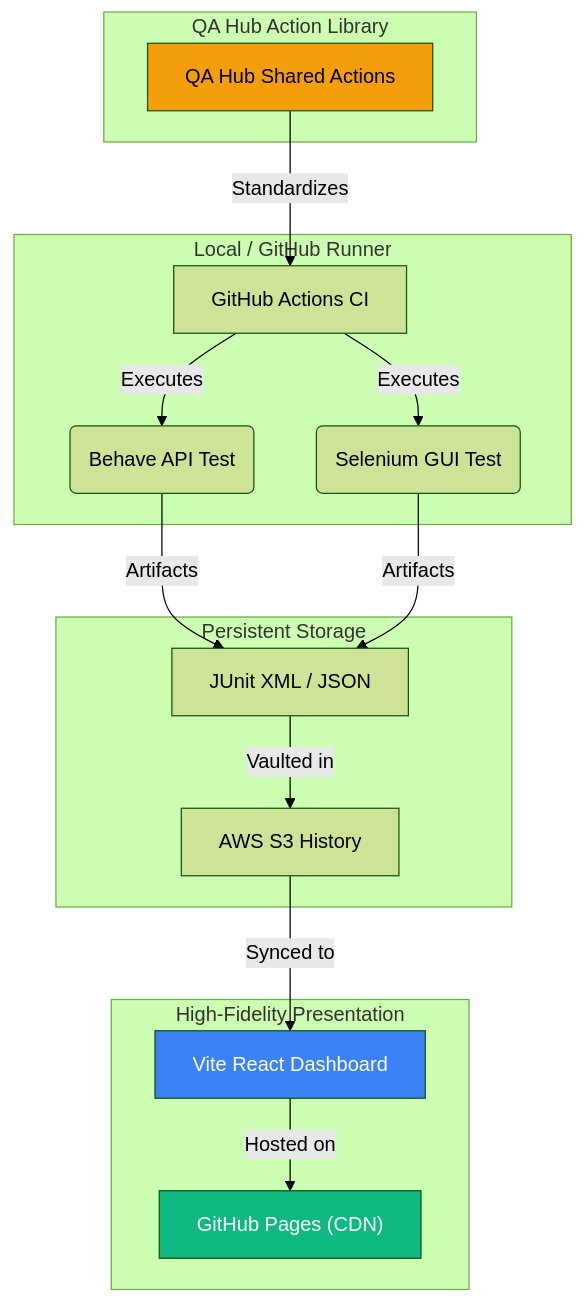
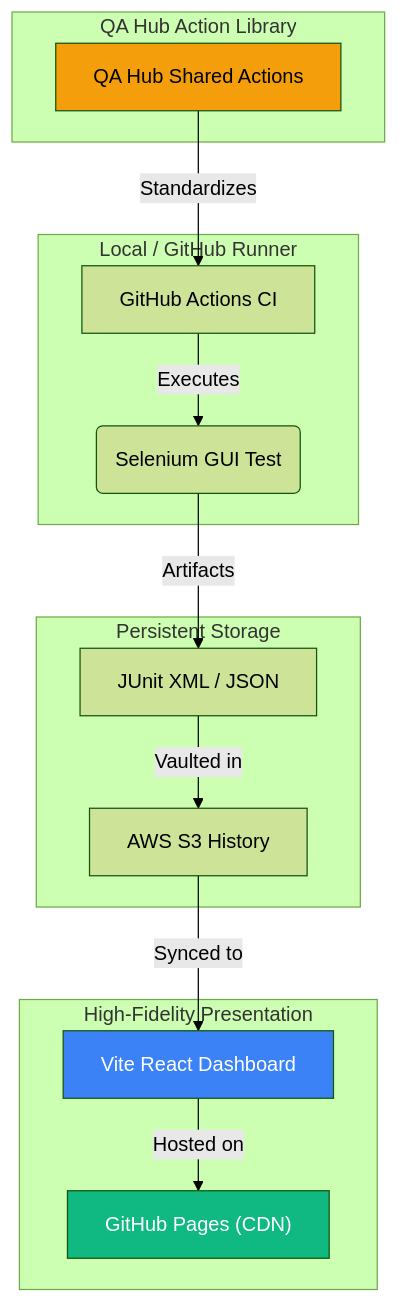
One commit to carlos-camara/dashboard changed the diagram in README.md. Above: the diagram before and after it, drawn with Mermaid (forest theme). The commit also changed other lines of this file and 5 other files, not shown here.

````diff
--- a/README.md
+++ b/README.md
@@ -103,25 +103,24 @@
 ```mermaid
 graph TD
     subgraph "Local / GitHub Runner"
-        A["GitHub Actions CI"] -->|Executes| B("Behave API Test")
-        A -->|Executes| C("Selenium GUI Test")
+        A["GitHub Actions CI"] -->|Executes| C("Selenium GUI Test")
     end
 
     subgraph "QA Hub Action Library"
         D["QA Hub Shared Actions"] -->|Standardizes| A
     end
 
     subgraph "Persistent Storage"
-        B & C -->|Artifacts| E["JUnit XML / JSON"]
+        C -->|Artifacts| E["JUnit XML / JSON"]
         E -->|Vaulted in| S3["AWS S3 History"]
     end
 
     subgraph "High-Fidelity Presentation"
         S3 -->|Synced to| H["Vite React Dashboard"]
         H -->|Hosted on| P["GitHub Pages (CDN)"]
     end
     
     style H fill:#3b82f6,color:#fff
     style P fill:#10b981,color:#fff
     style D fill:#f59e0b,color:#000
 ```
````
